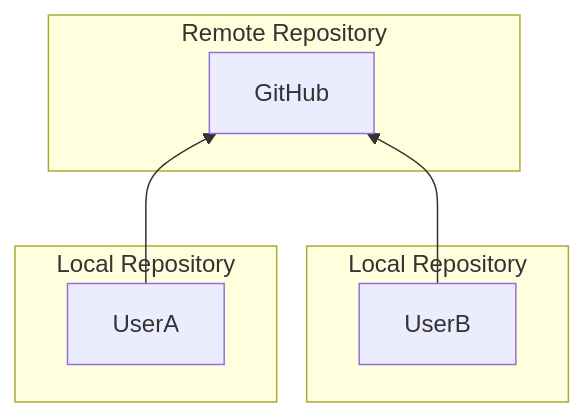
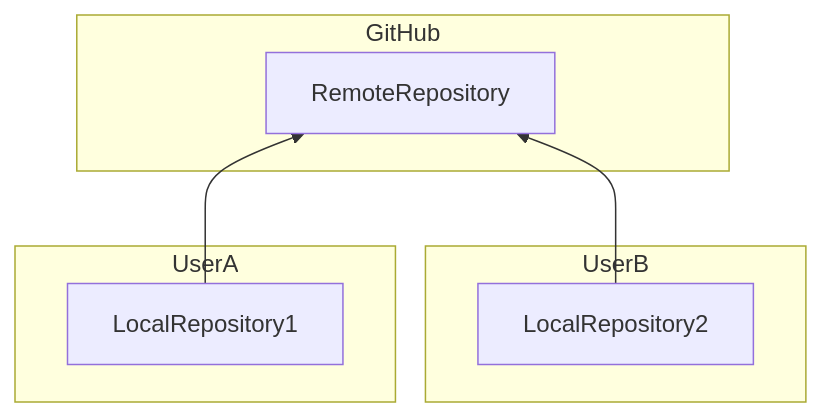
One commit to okano-tomoyuki/github_introduction changed the diagram in README.md. Above: the diagram before and after it, drawn with Mermaid.

````diff
--- a/README.md
+++ b/README.md
@@ -12,18 +12,19 @@
 ``` mermaid
 graph BT
 
-  subgraph Remote Repository
-    GitHub
+  subgraph GitHub
+    RemoteRepository
   end
   
-  subgraph Local Repository 
-    UserA
+  subgraph UserA 
+    LocalRepository1
   end
   
-  subgraph Local Repository
-    UserB
+  subgraph UserB
+    LocalRepository2
   end
   
-  UserA --> GitHub
-  UserB --> GitHub
+  LocalRepository1 --> RemoteRepository
+  LocalRepository2 --> RemoteRepository
+  
 ```
````
